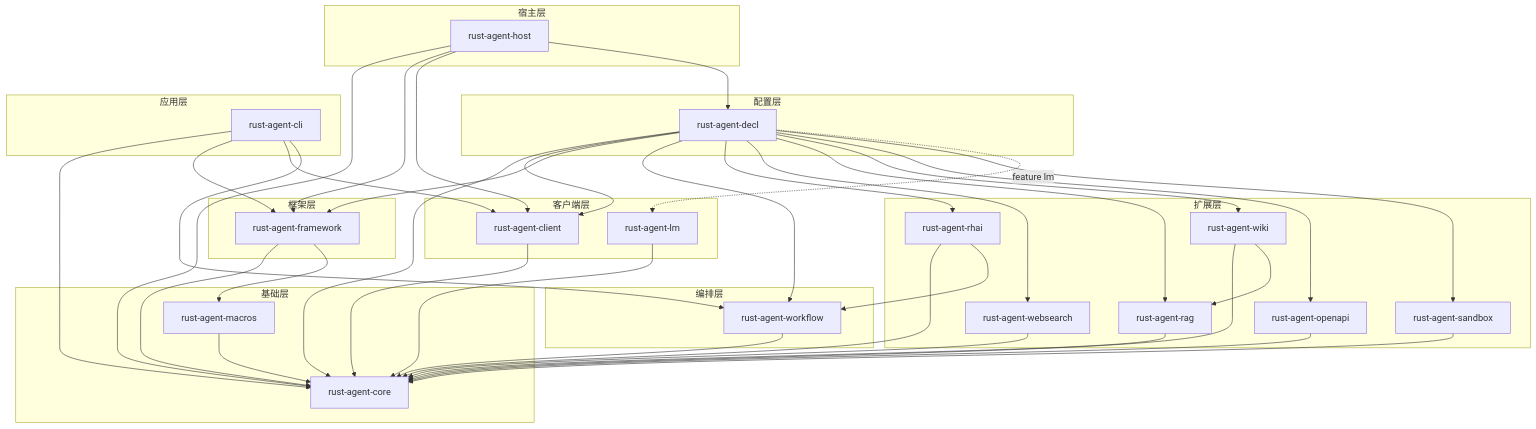
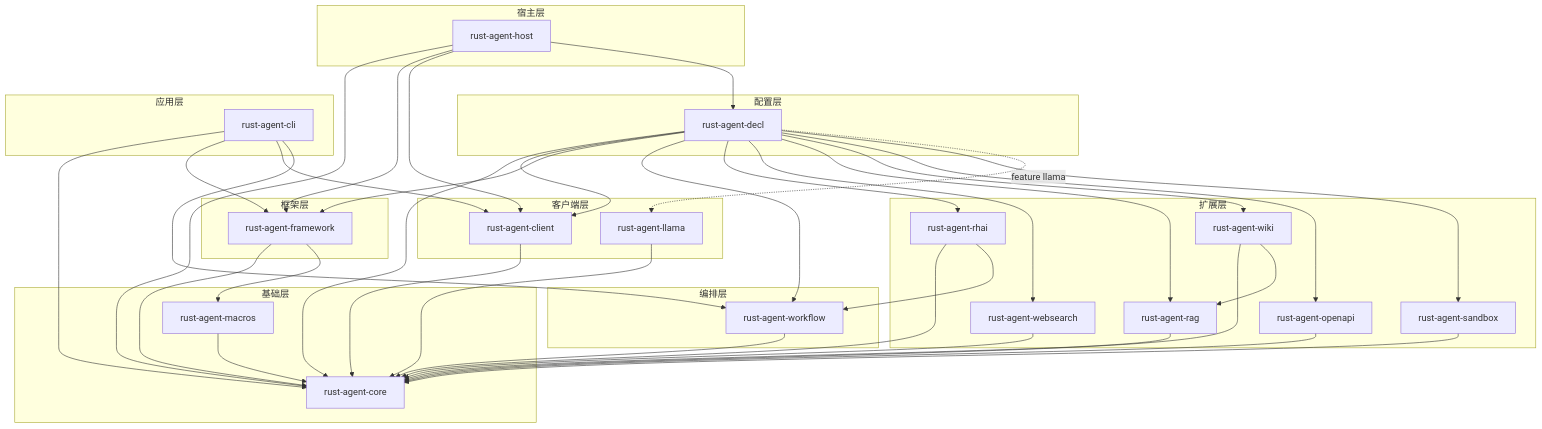
The diagram in docs/15-appendix/crate-dependency-graph.md (Rust-Framework/rust-agent-framework), drawn with Mermaid before and after one commit. The commit also changed other lines of this file and 67 other files, not shown here.

````diff
--- a/docs/15-appendix/crate-dependency-graph.md
+++ b/docs/15-appendix/crate-dependency-graph.md
@@ -5,75 +5,75 @@
 ```mermaid
 graph TD
     subgraph "基础层"
         CORE[rust-agent-core]
         MACROS[rust-agent-macros]
     end
 
     subgraph "客户端层"
         CLIENT[rust-agent-client]
-        LM[rust-agent-lm]
+        LLAMA[rust-agent-llama]
     end
 
     subgraph "框架层"
         FRAMEWORK[rust-agent-framework]
     end
 
     subgraph "编排层"
         WORKFLOW[rust-agent-workflow]
     end
 
     subgraph "配置层"
         DECL[rust-agent-decl]
     end
 
     subgraph "扩展层"
         WEBSEARCH[rust-agent-websearch]
         RAG[rust-agent-rag]
         WIKI[rust-agent-wiki]
         OPENAPI[rust-agent-openapi]
         SANDBOX[rust-agent-sandbox]
         RHAI[rust-agent-rhai]
     end
 
     subgraph "宿主层"
         HOST[rust-agent-host]
     end
 
     subgraph "应用层"
         CLI[rust-agent-cli]
     end
 
     MACROS --> CORE
     CLIENT --> CORE
-    LM --> CORE
+    LLAMA --> CORE
     FRAMEWORK --> CORE
     FRAMEWORK --> MACROS
     RAG --> CORE
     WIKI --> CORE
     WIKI --> RAG
     WORKFLOW --> CORE
     WEBSEARCH --> CORE
     OPENAPI --> CORE
     SANDBOX --> CORE
     RHAI --> CORE
     RHAI --> WORKFLOW
     DECL --> CORE
     DECL --> CLIENT
     DECL --> FRAMEWORK
     DECL --> WORKFLOW
     DECL --> RHAI
     DECL --> WEBSEARCH
     DECL --> RAG
     DECL --> WIKI
     DECL --> OPENAPI
     DECL --> SANDBOX
-    DECL -.->|feature lm| LM
+    DECL -.->|feature llama| LLAMA
     HOST --> CORE
     HOST --> FRAMEWORK
     HOST --> CLIENT
     HOST --> DECL
     CLI --> CORE
     CLI --> FRAMEWORK
     CLI --> CLIENT
     CLI --> WORKFLOW
 ```
````
